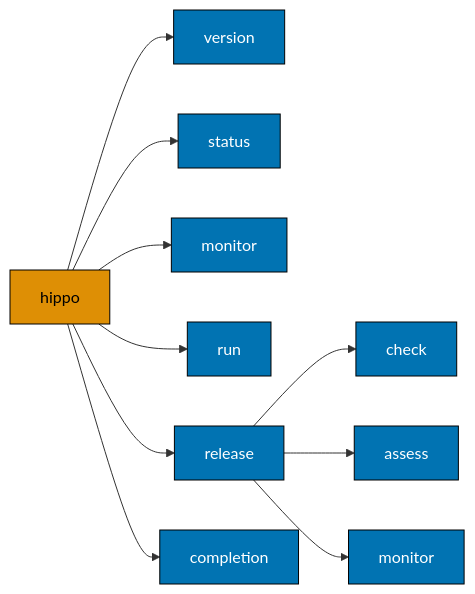
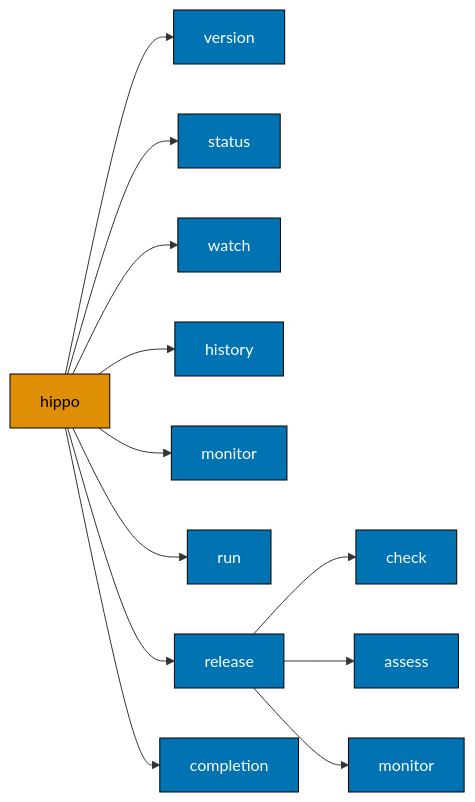
One commit to wahidyankf/hippo changed the diagram in docs/reference/cli.md. Above: the diagram before and after it, drawn with Mermaid. The commit also changed other lines of this file and 68 other files, not shown here.

````diff
--- a/docs/reference/cli.md
+++ b/docs/reference/cli.md
@@ -8,29 +8,33 @@
 ```mermaid
 graph LR
     hippo["hippo"]
     version["version"]
     status["status"]
+    watch["watch"]
+    history["history"]
     monitor["monitor"]
     run["run"]
     release["release"]
     completion["completion"]
     check["check"]
     assess["assess"]
     rmonitor["monitor"]
 
     hippo --> version
     hippo --> status
+    hippo --> watch
+    hippo --> history
     hippo --> monitor
     hippo --> run
     hippo --> release
     hippo --> completion
     release --> check
     release --> assess
     release --> rmonitor
 
     classDef root fill:#DE8F05,stroke:#000000,color:#000000
     classDef command fill:#0173B2,stroke:#000000,color:#FFFFFF
 
     class hippo root
-    class version,status,monitor,run,release,completion,check,assess,rmonitor command
+    class version,status,watch,history,monitor,run,release,completion,check,assess,rmonitor command
 ```
````
